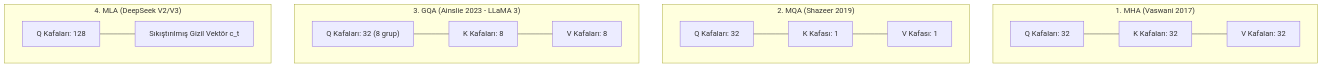
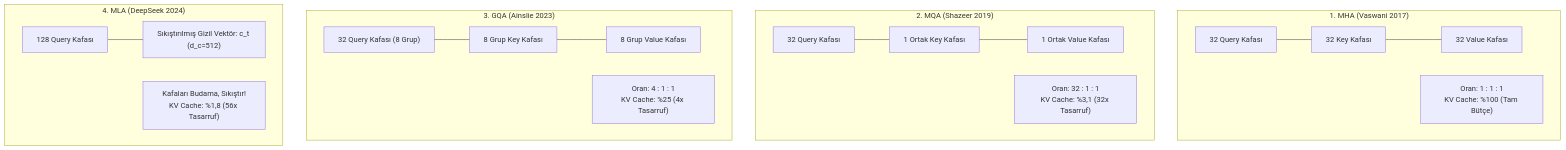
One commit to muhendis/muhendis.github.io changed the fourth of 4 diagrams in tr/blog/posts/multi-head-attention-derinlemesine.md. Above: the diagram before and after it, drawn with Mermaid. The commit also changed other lines of this file and 8 other files, not shown here.

````diff
--- a/tr/blog/posts/multi-head-attention-derinlemesine.md
+++ b/tr/blog/posts/multi-head-attention-derinlemesine.md
@@ -560,18 +668,22 @@
 ```mermaid
 flowchart TD
     subgraph MHA["1. MHA (Vaswani 2017)"]
-        Q1["Q Kafaları: 32"] --- K1["K Kafaları: 32"] --- V1["V Kafaları: 32"]
+        Q1["32 Query Kafası"] --- K1["32 Key Kafası"] --- V1["32 Value Kafası"]
+        MHA_Note["Oran: 1 : 1 : 1\nKV Cache: %100 (Tam Bütçe)"]
     end
 
     subgraph MQA["2. MQA (Shazeer 2019)"]
-        Q2["Q Kafaları: 32"] --- K2["K Kafası: 1"] --- V2["V Kafası: 1"]
+        Q2["32 Query Kafası"] --- K2["1 Ortak Key Kafası"] --- V2["1 Ortak Value Kafası"]
+        MQA_Note["Oran: 32 : 1 : 1\nKV Cache: %3,1 (32x Tasarruf)"]
     end
 
-    subgraph GQA["3. GQA (Ainslie 2023 - LLaMA 3)"]
-        Q3["Q Kafaları: 32 (8 grup)"] --- K3["K Kafaları: 8"] --- V3["V Kafaları: 8"]
+    subgraph GQA["3. GQA (Ainslie 2023)"]
+        Q3["32 Query Kafası (8 Grup)"] --- K3["8 Grup Key Kafası"] --- V3["8 Grup Value Kafası"]
+        GQA_Note["Oran: 4 : 1 : 1\nKV Cache: %25 (4x Tasarruf)"]
     end
 
-    subgraph MLA["4. MLA (DeepSeek V2/V3)"]
-        Q4["Q Kafaları: 128"] --- SikistirilmisKV["Sıkıştırılmış Gizil Vektör c_t"]
+    subgraph MLA["4. MLA (DeepSeek 2024)"]
+        Q4["128 Query Kafası"] --- SikistirilmisKV["Sıkıştırılmış Gizil Vektör: c_t (d_c=512)"]
+        MLA_Note["Kafaları Budama, Sıkıştır!\nKV Cache: %1,8 (56x Tasarruf)"]
     end
 ```
````
